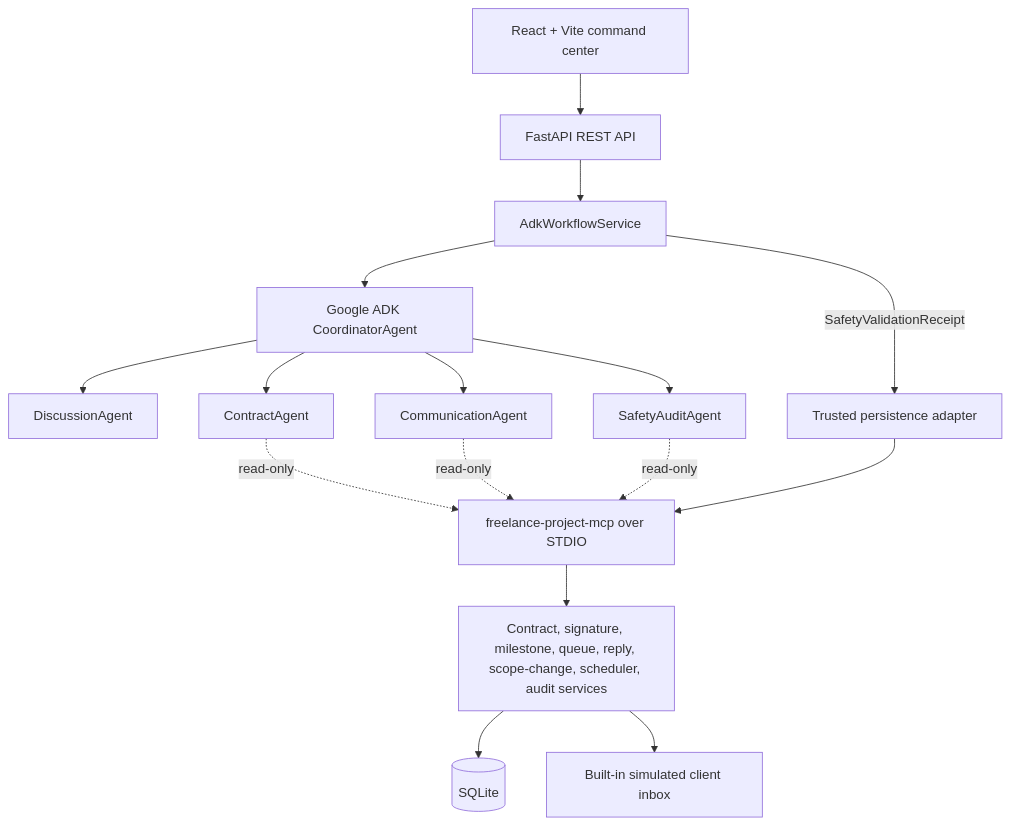
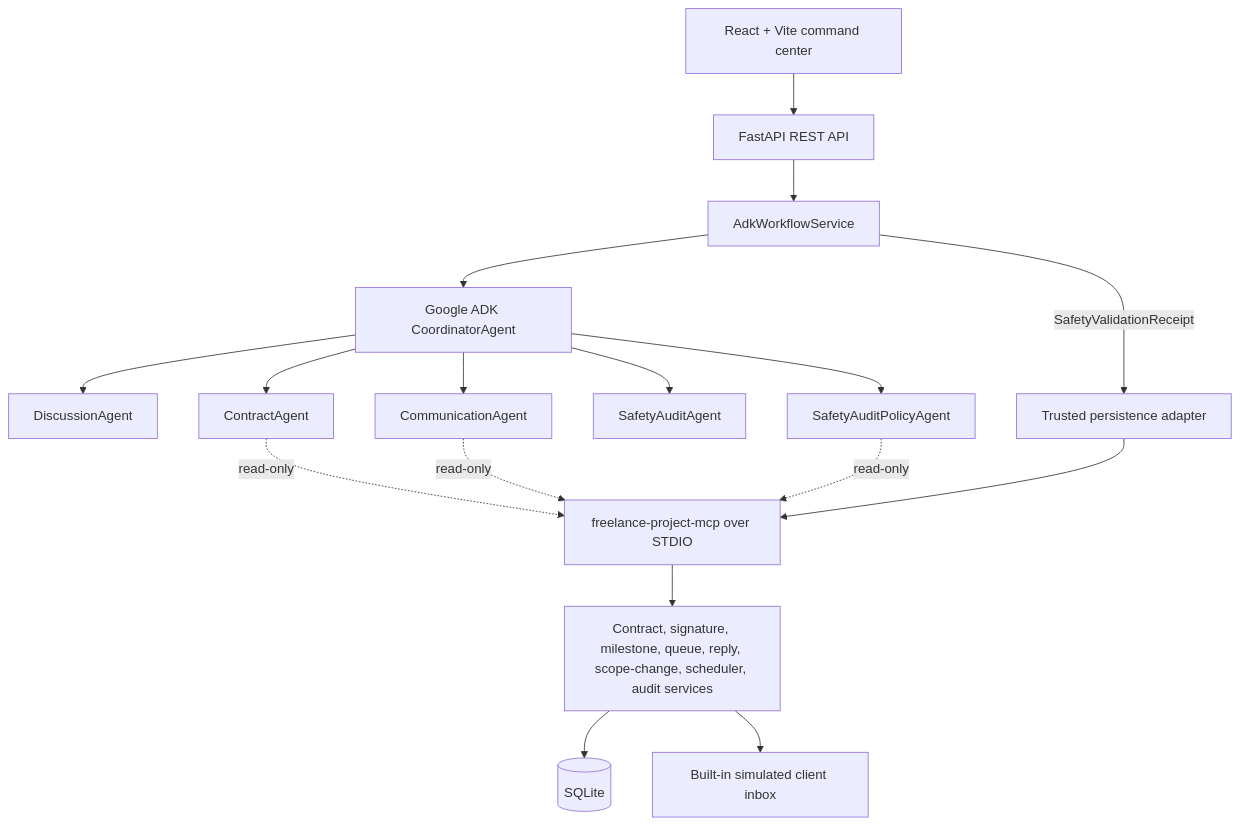
One commit to chaziyu/freelance-shield-ai changed the diagram in README.md. Above: the diagram before and after it, drawn with Mermaid. The commit also changed other lines of this file and 6 other files, not shown here.

````diff
--- a/README.md
+++ b/README.md
@@ -33,18 +33,19 @@
 ```mermaid
 flowchart TD
     UI["React + Vite command center"] --> API["FastAPI REST API"]
     API --> WF["AdkWorkflowService"]
     WF --> C["Google ADK CoordinatorAgent"]
     C --> D["DiscussionAgent"]
     C --> K["ContractAgent"]
     C --> M["CommunicationAgent"]
     C --> S["SafetyAuditAgent"]
+    C --> SP["SafetyAuditPolicyAgent"]
     K -.->|"read-only"| MCP["freelance-project-mcp over STDIO"]
     M -.->|"read-only"| MCP
-    S -.->|"read-only"| MCP
+    SP -.->|"read-only"| MCP
     WF -->|"SafetyValidationReceipt"| Adapter["Trusted persistence adapter"]
     Adapter --> MCP
     MCP --> Services["Contract, signature, milestone, queue, reply, scope-change, scheduler, audit services"]
     Services --> DB[("SQLite")]
     Services --> Inbox["Built-in simulated client inbox"]
 ```
````
